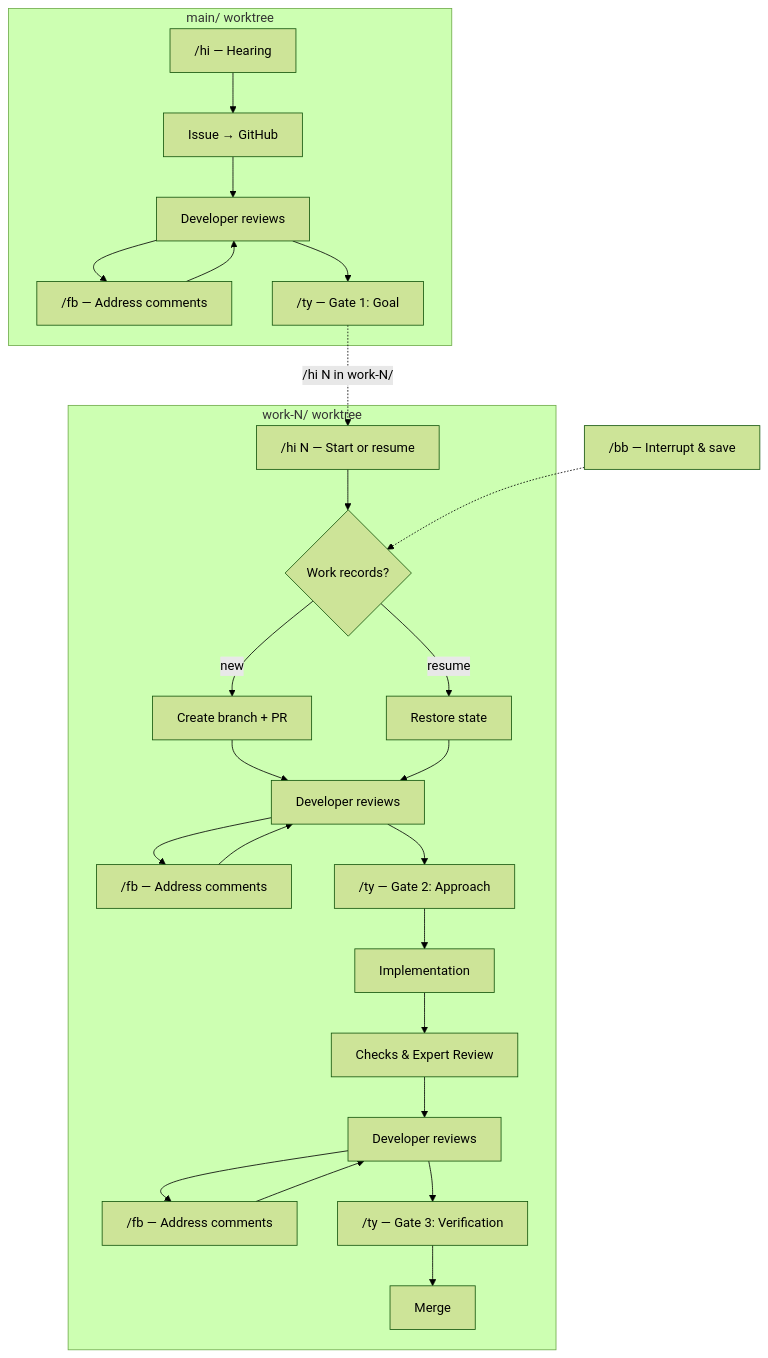
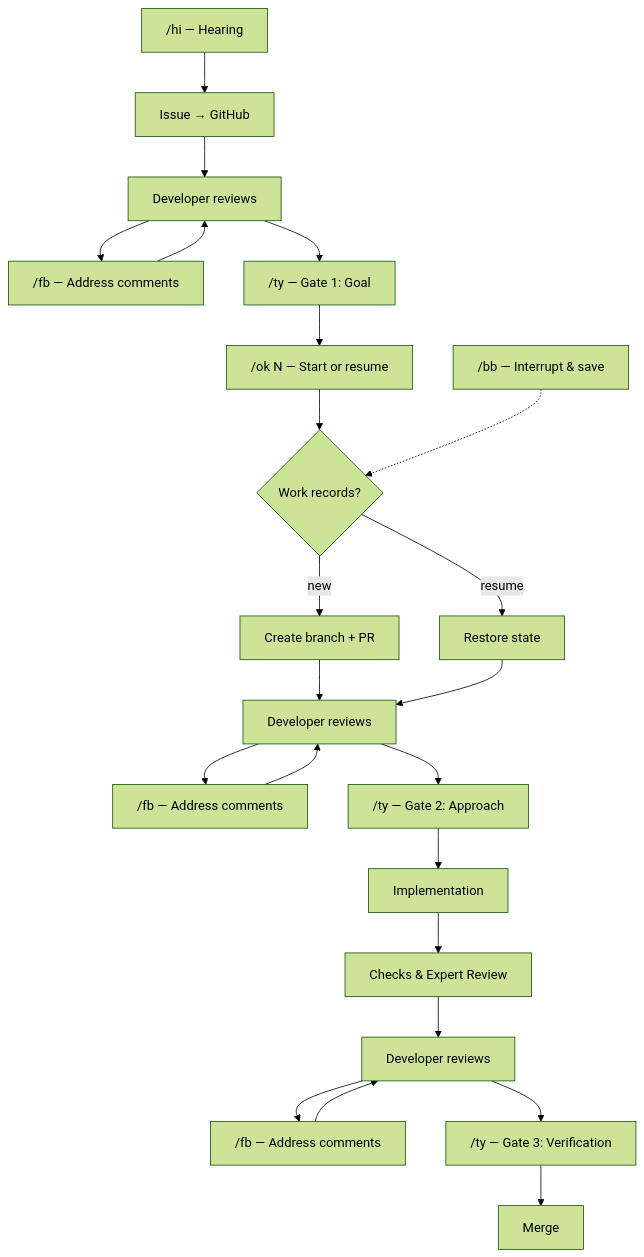
Before and after one commit to lovaizu/aiya-dev: the second of 2 diagrams in README.md, drawn with Mermaid (forest theme). The commit also changed other lines of this file and 10 other files, not shown here.

````diff
--- a/README.md
+++ b/README.md
@@ -101,31 +101,27 @@
 ```mermaid
 flowchart TD
-    subgraph "main/ worktree"
-        H["/hi — Hearing"] --> I["Issue → GitHub"]
-        I --> R1["Developer reviews"]
-        R1 --> FB1["/fb — Address comments"]
-        FB1 --> R1
-        R1 --> G1["/ty — Gate 1: Goal"]
-    end
+    H["/hi — Hearing"] --> I["Issue → GitHub"]
+    I --> R1["Developer reviews"]
+    R1 --> FB1["/fb — Address comments"]
+    FB1 --> R1
+    R1 --> G1["/ty — Gate 1: Goal"]
 
-    subgraph "work-N/ worktree"
-        HI["/hi N — Start or resume"] --> WR{Work records?}
-        WR -- new --> BR["Create branch + PR"]
-        WR -- resume --> RS["Restore state"]
-        BR --> R2["Developer reviews"]
-        RS --> R2
-        R2 --> FB2["/fb — Address comments"]
-        FB2 --> R2
-        R2 --> G2["/ty — Gate 2: Approach"]
-        G2 --> IMPL["Implementation"]
-        IMPL --> CHK["Checks & Expert Review"]
-        CHK --> R3["Developer reviews"]
-        R3 --> FB3["/fb — Address comments"]
-        FB3 --> R3
-        R3 --> G3["/ty — Gate 3: Verification"]
-        G3 --> MRG["Merge"]
-    end
+    G1 --> OK["/ok N — Start or resume"]
+    OK --> WR{Work records?}
+    WR -- new --> BR["Create branch + PR"]
+    WR -- resume --> RS["Restore state"]
+    BR --> R2["Developer reviews"]
+    RS --> R2
+    R2 --> FB2["/fb — Address comments"]
+    FB2 --> R2
+    R2 --> G2["/ty — Gate 2: Approach"]
+    G2 --> IMPL["Implementation"]
+    IMPL --> CHK["Checks & Expert Review"]
+    CHK --> R3["Developer reviews"]
+    R3 --> FB3["/fb — Address comments"]
+    FB3 --> R3
+    R3 --> G3["/ty — Gate 3: Verification"]
+    G3 --> MRG["Merge"]
 
-    G1 -.->|"/hi N in work-N/"| HI
     BB["/bb — Interrupt & save"] -.-> WR
 ```
````
